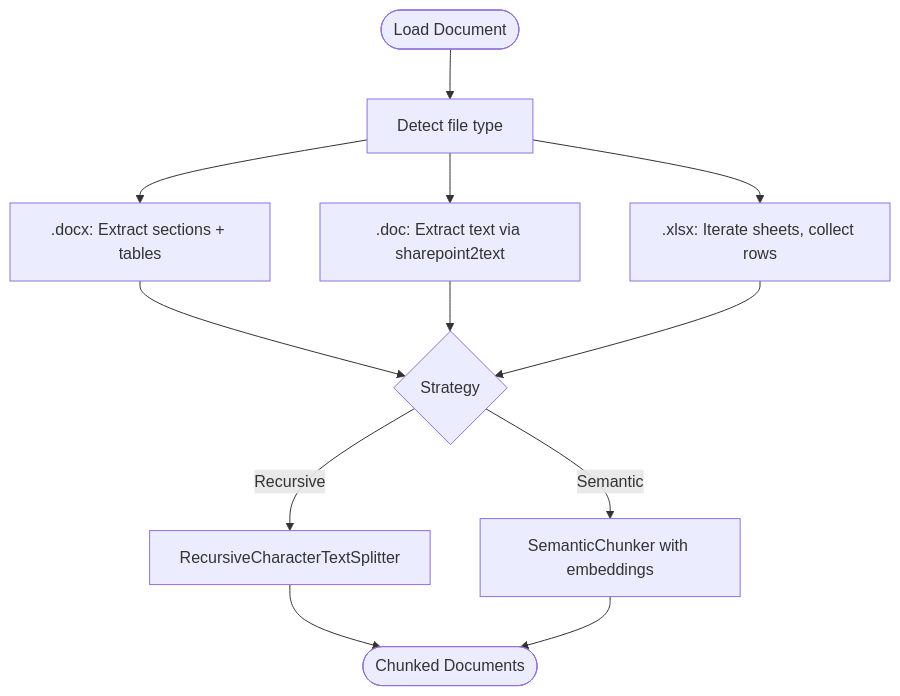
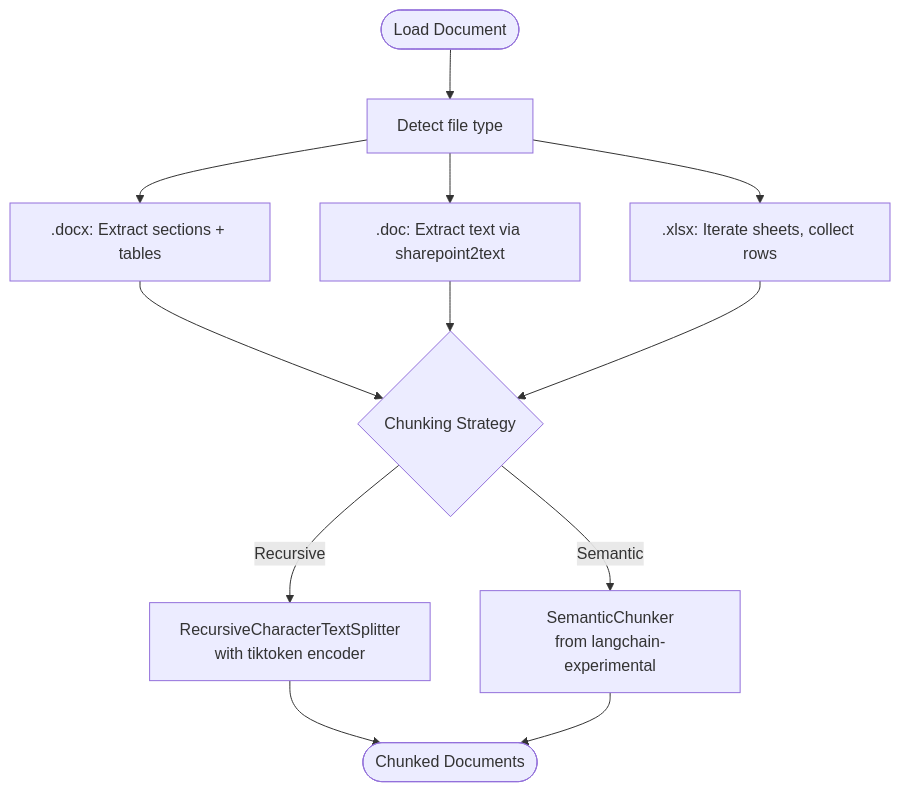
One commit to ognelis/cafetera_hr_bot changed the eighth of 9 diagrams in .qoder/repowiki/en/content/VK Integration/Admin Package Integration.md. Above: the diagram before and after it, drawn with Mermaid. The commit also changed other lines of this file and 25 other files, not shown here.

````diff
--- a/.qoder/repowiki/en/content/VK Integration/Admin Package Integration.md
+++ b/.qoder/repowiki/en/content/VK Integration/Admin Package Integration.md
@@ -264,14 +285,14 @@
 ```mermaid
 flowchart TD
 Load([Load Document]) --> Detect["Detect file type"]
 Detect --> Docx[".docx: Extract sections + tables"]
 Detect --> Doc[".doc: Extract text via sharepoint2text"]
 Detect --> Xlsx[".xlsx: Iterate sheets, collect rows"]
-Docx --> Strategy{"Strategy"}
+Docx --> Strategy{"Chunking Strategy"}
 Doc --> Strategy
 Xlsx --> Strategy
-Strategy --> |Recursive| Split["RecursiveCharacterTextSplitter"]
-Strategy --> |Semantic| Semantic["SemanticChunker with embeddings"]
-Split --> Output([Chunked Documents])
+Strategy --> |Recursive| TikToken["RecursiveCharacterTextSplitter<br/>with tiktoken encoder"]
+Strategy --> |Semantic| Semantic["SemanticChunker<br/>from langchain-experimental"]
+TikToken --> Output([Chunked Documents])
 Semantic --> Output
 ```
````
